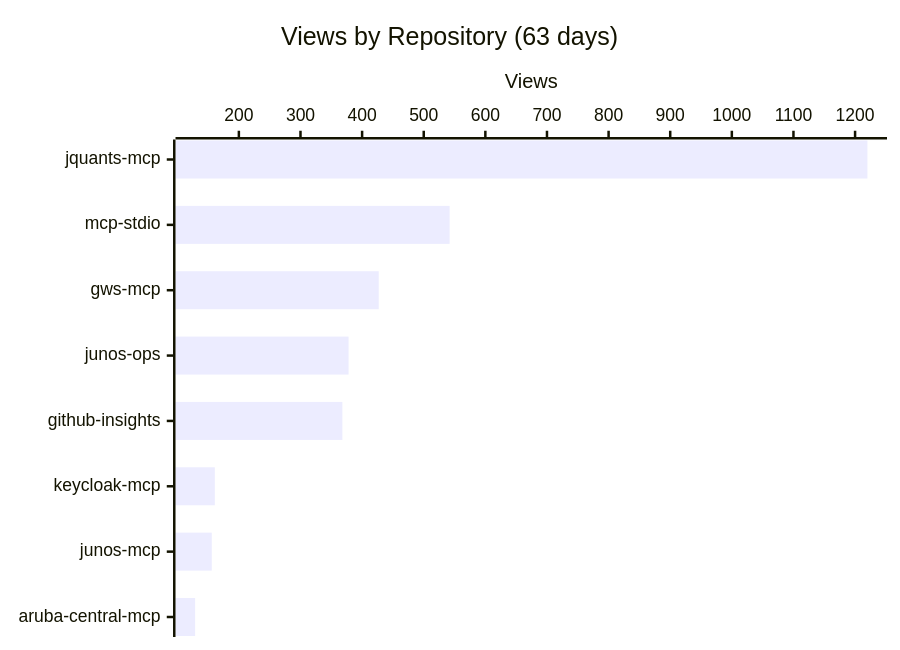
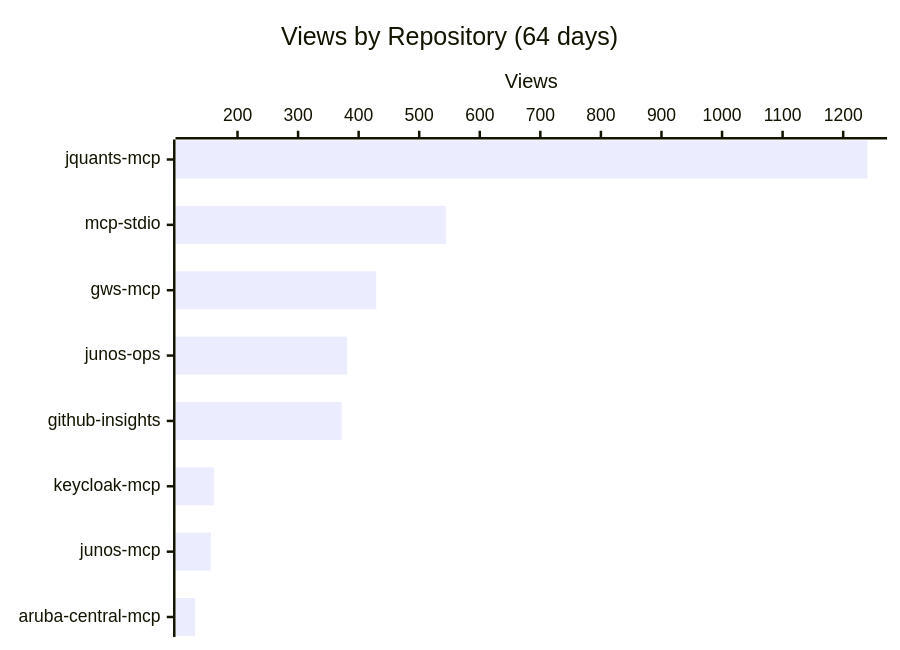
The first of 3 diagrams in README.md (shigechika/github-insights), drawn with Mermaid before and after one commit. The commit also changed other lines of this file and 2 other files, not shown here.

````diff
--- a/README.md
+++ b/README.md
@@ -18,7 +18,7 @@
 ```mermaid
 xychart-beta horizontal
-    title "Views by Repository (63 days)"
+    title "Views by Repository (64 days)"
     x-axis ["jquants-mcp", "mcp-stdio", "gws-mcp", "junos-ops", "github-insights", "keycloak-mcp", "junos-mcp", "aruba-central-mcp"]
     y-axis "Views"
-    bar [1220, 542, 427, 378, 368, 161, 156, 129]
+    bar [1240, 544, 429, 381, 372, 161, 156, 130]
 ```
````
